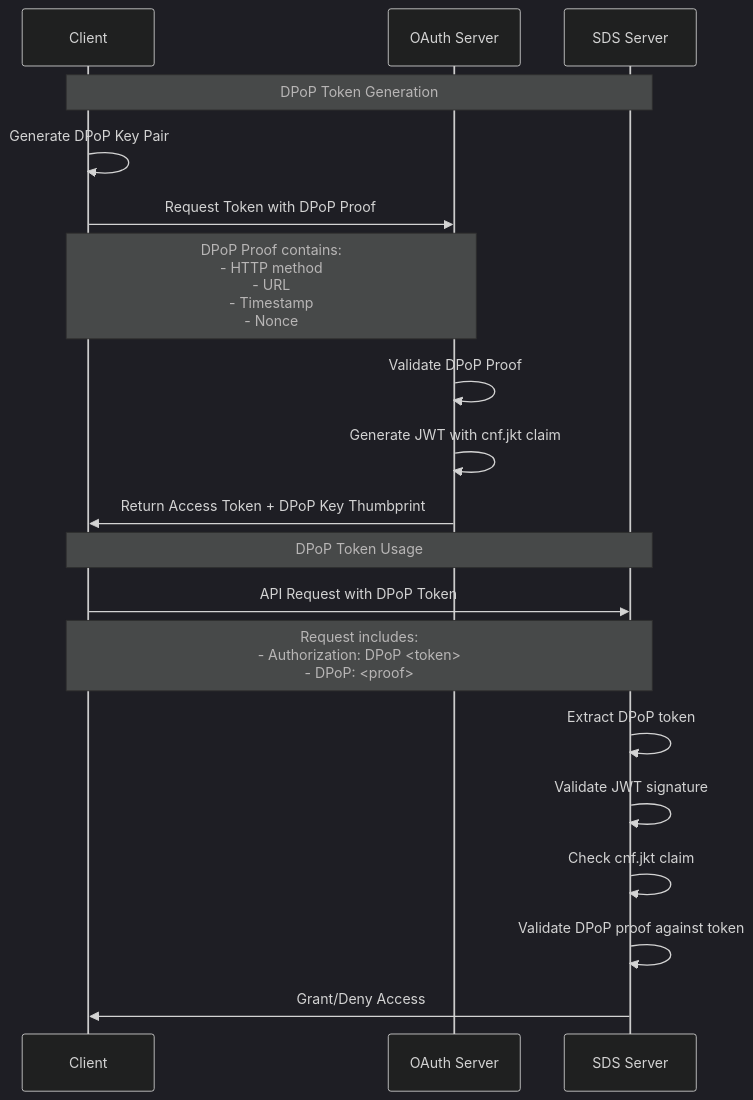
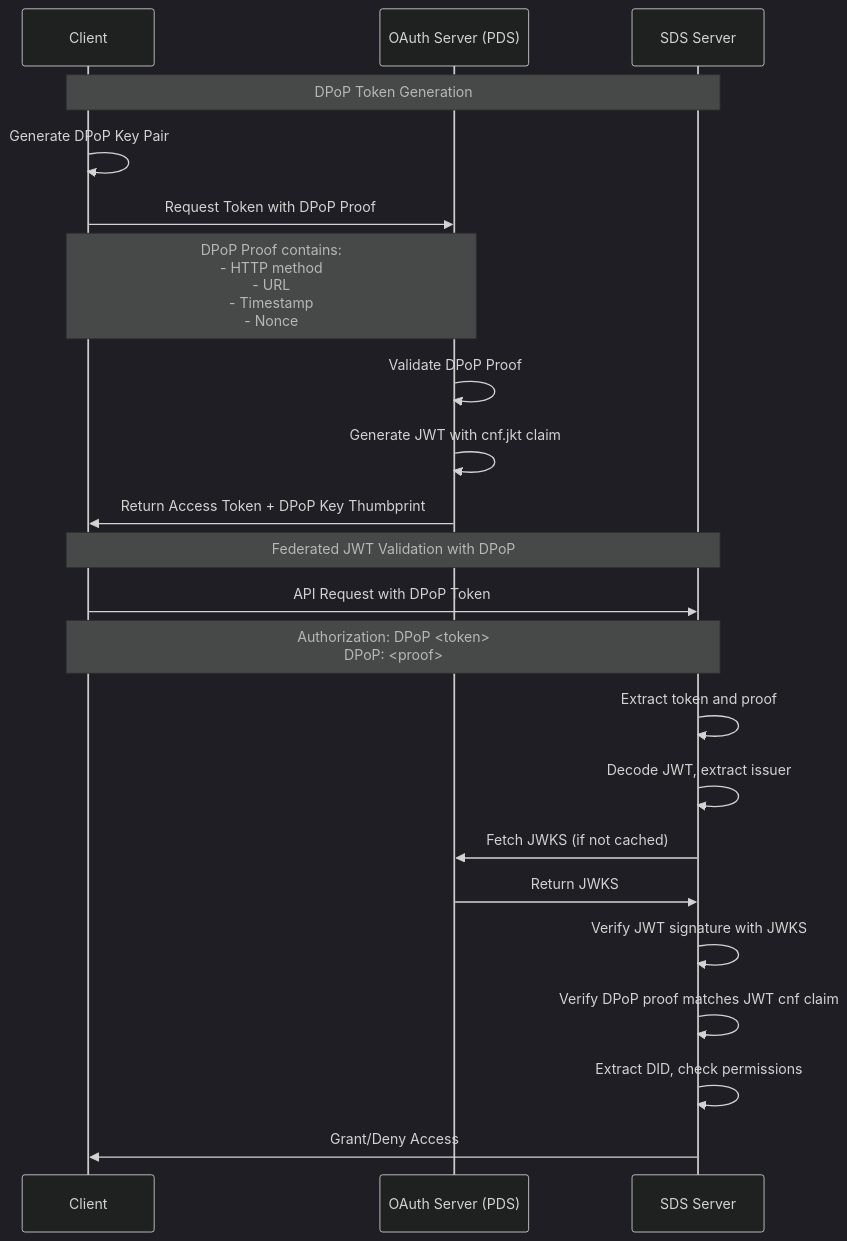
The fourth of 4 diagrams in packages/sds-demo/README.md (hypercerts-org/atproto), drawn with Mermaid (dark theme) before and after one commit. The commit also changed other lines of this file and 39 other files, not shown here.

````diff
--- a/packages/sds-demo/README.md
+++ b/packages/sds-demo/README.md
@@ -173,25 +221,28 @@
 ```mermaid
 sequenceDiagram
     participant Client
-    participant OAuth as OAuth Server
+    participant OAuth as OAuth Server (PDS)
     participant SDS as SDS Server
 
     Note over Client,SDS: DPoP Token Generation
 
     Client->>Client: Generate DPoP Key Pair
     Client->>OAuth: Request Token with DPoP Proof
     Note over Client,OAuth: DPoP Proof contains:<br/>- HTTP method<br/>- URL<br/>- Timestamp<br/>- Nonce
     OAuth->>OAuth: Validate DPoP Proof
     OAuth->>OAuth: Generate JWT with cnf.jkt claim
     OAuth->>Client: Return Access Token + DPoP Key Thumbprint
 
-    Note over Client,SDS: DPoP Token Usage
+    Note over Client,SDS: Federated JWT Validation with DPoP
 
     Client->>SDS: API Request with DPoP Token
-    Note over Client,SDS: Request includes:<br/>- Authorization: DPoP <token><br/>- DPoP: <proof>
-    SDS->>SDS: Extract DPoP token
-    SDS->>SDS: Validate JWT signature
-    SDS->>SDS: Check cnf.jkt claim
-    SDS->>SDS: Validate DPoP proof against token
+    Note over Client,SDS: Authorization: DPoP <token><br/>DPoP: <proof>
+    SDS->>SDS: Extract token and proof
+    SDS->>SDS: Decode JWT, extract issuer
+    SDS->>OAuth: Fetch JWKS (if not cached)
+    OAuth->>SDS: Return JWKS
+    SDS->>SDS: Verify JWT signature with JWKS
+    SDS->>SDS: Verify DPoP proof matches JWT cnf claim
+    SDS->>SDS: Extract DID, check permissions
     SDS->>Client: Grant/Deny Access
 ```
````
